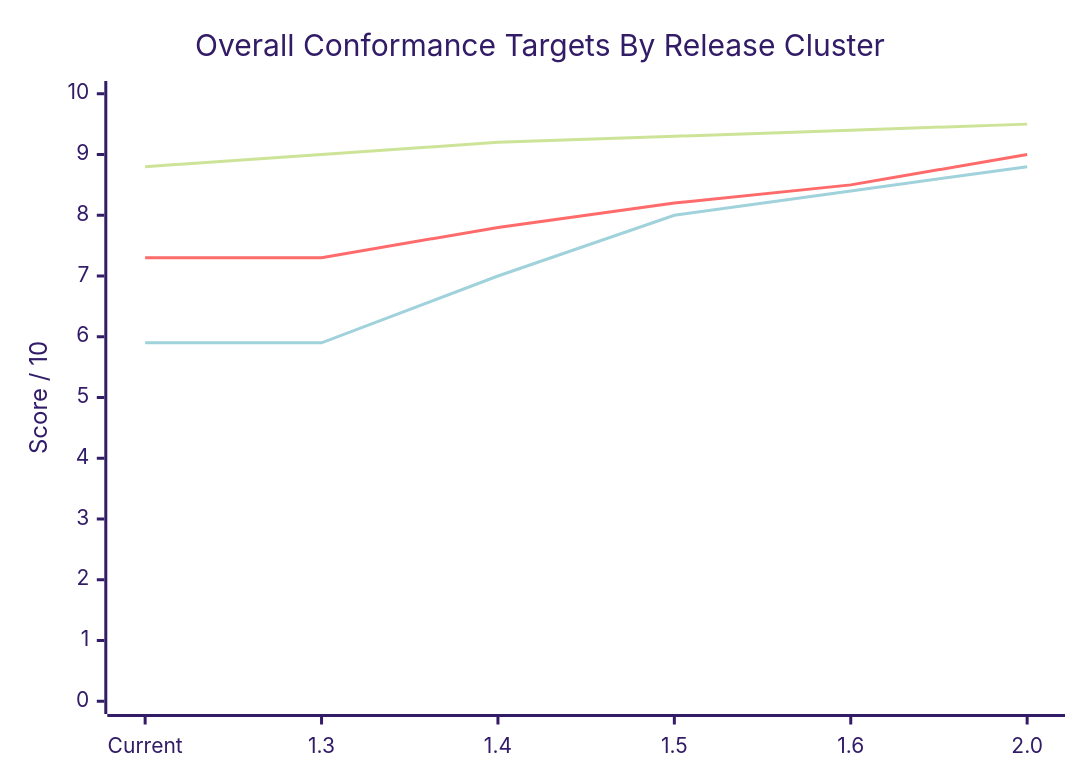
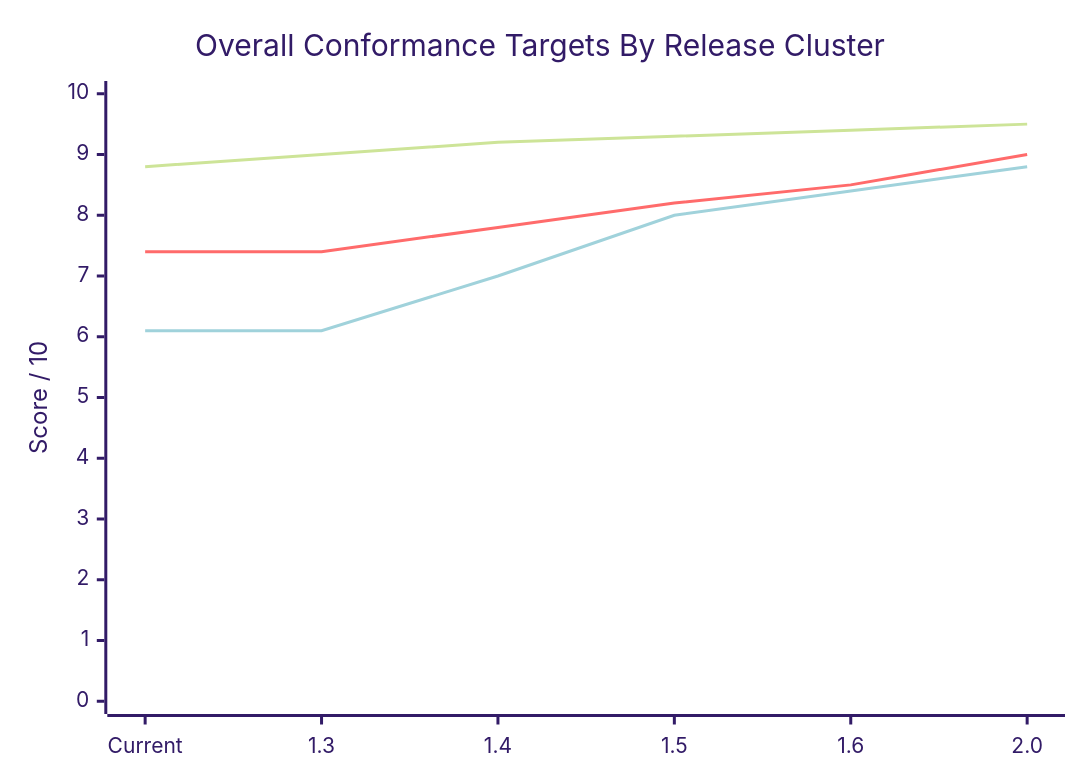
Before and after one commit to sgwoods/Codex-Test1: the diagram in CONFORMANCE_METRICS_OVERVIEW.md, drawn with Mermaid (forest theme). The commit also changed other lines of this file and 16 other files, not shown here.

````diff
--- a/CONFORMANCE_METRICS_OVERVIEW.md
+++ b/CONFORMANCE_METRICS_OVERVIEW.md
@@ -27,9 +27,9 @@
 ```mermaid
 xychart-beta
   title "Overall Conformance Targets By Release Cluster"
   x-axis ["Current", "1.3", "1.4", "1.5", "1.6", "2.0"]
   y-axis "Score / 10" 0 --> 10
   line "Aurora Galactica" [8.8, 9.0, 9.2, 9.3, 9.4, 9.5]
-  line "Galaxy Guardians Reference" [7.3, 7.3, 7.8, 8.2, 8.5, 9.0]
-  line "Galaxy Guardians Playtest" [5.9, 5.9, 7.0, 8.0, 8.4, 8.8]
+  line "Galaxy Guardians Reference" [7.4, 7.4, 7.8, 8.2, 8.5, 9.0]
+  line "Galaxy Guardians Playtest" [6.1, 6.1, 7.0, 8.0, 8.4, 8.8]
 ```
````
